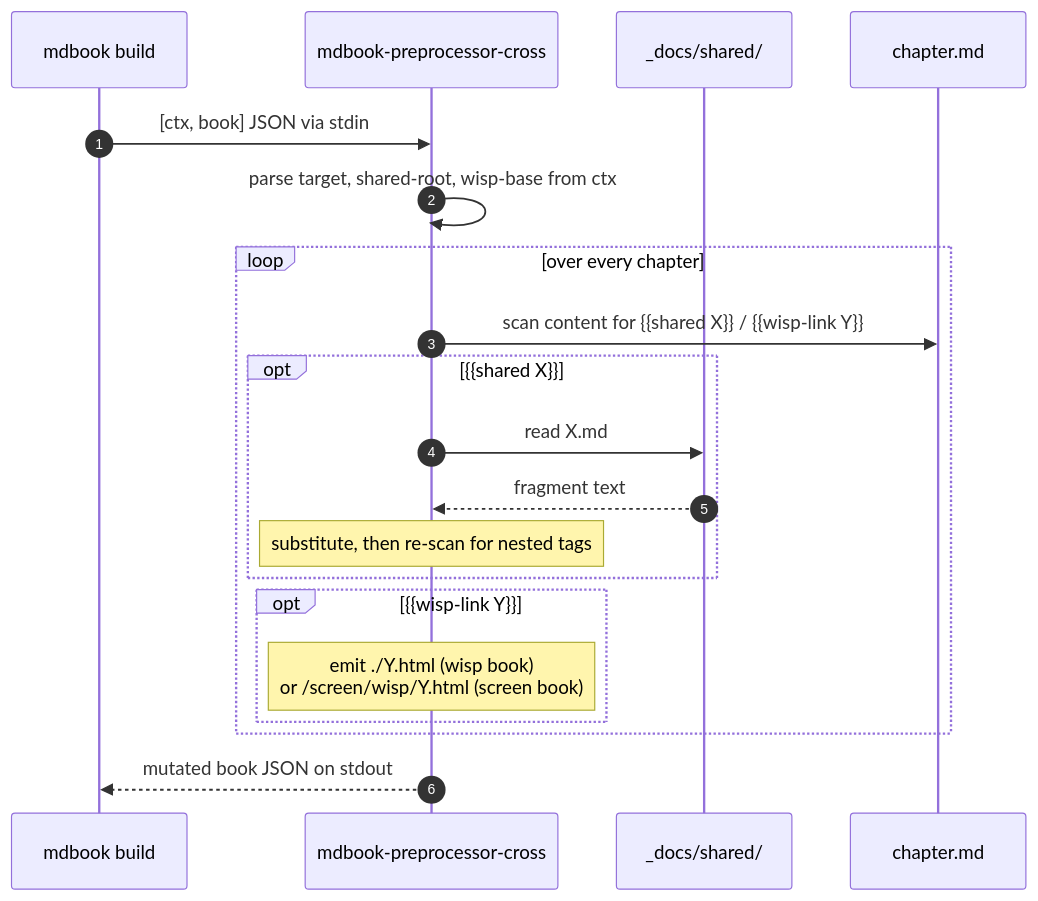
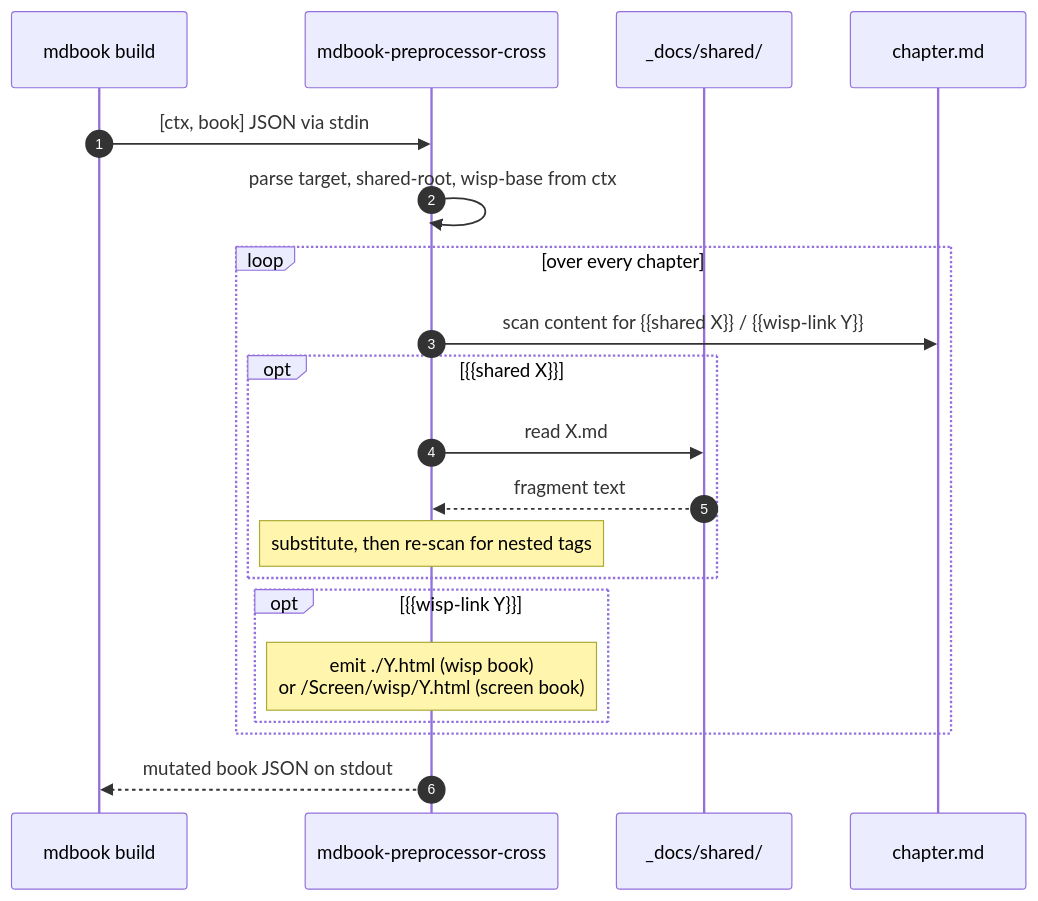
One commit to eng-manager-xyz/Screen changed the diagram in tools/mdbook-preprocessor-cross/README.md. Above: the diagram before and after it, drawn with Mermaid. The commit also changed other lines of this file and 26 other files, not shown here.

````diff
--- a/tools/mdbook-preprocessor-cross/README.md
+++ b/tools/mdbook-preprocessor-cross/README.md
@@ -25,23 +25,23 @@
 ```mermaid
 sequenceDiagram
     autonumber
     participant Mdbook as mdbook build
     participant Pre as mdbook-preprocessor-cross
     participant Shared as _docs/shared/
     participant Chapter as chapter.md
 
     Mdbook->>Pre: [ctx, book] JSON via stdin
     Pre->>Pre: parse target, shared-root, wisp-base from ctx
     loop over every chapter
         Pre->>Chapter: scan content for {{shared X}} / {{wisp-link Y}}
         opt {{shared X}}
             Pre->>Shared: read X.md
             Shared-->>Pre: fragment text
             Note over Pre: substitute, then re-scan for nested tags
         end
         opt {{wisp-link Y}}
-            Note over Pre: emit ./Y.html (wisp book)<br/>or /screen/wisp/Y.html (screen book)
+            Note over Pre: emit ./Y.html (wisp book)<br/>or /Screen/wisp/Y.html (screen book)
         end
     end
     Pre-->>Mdbook: mutated book JSON on stdout
 ```
````
